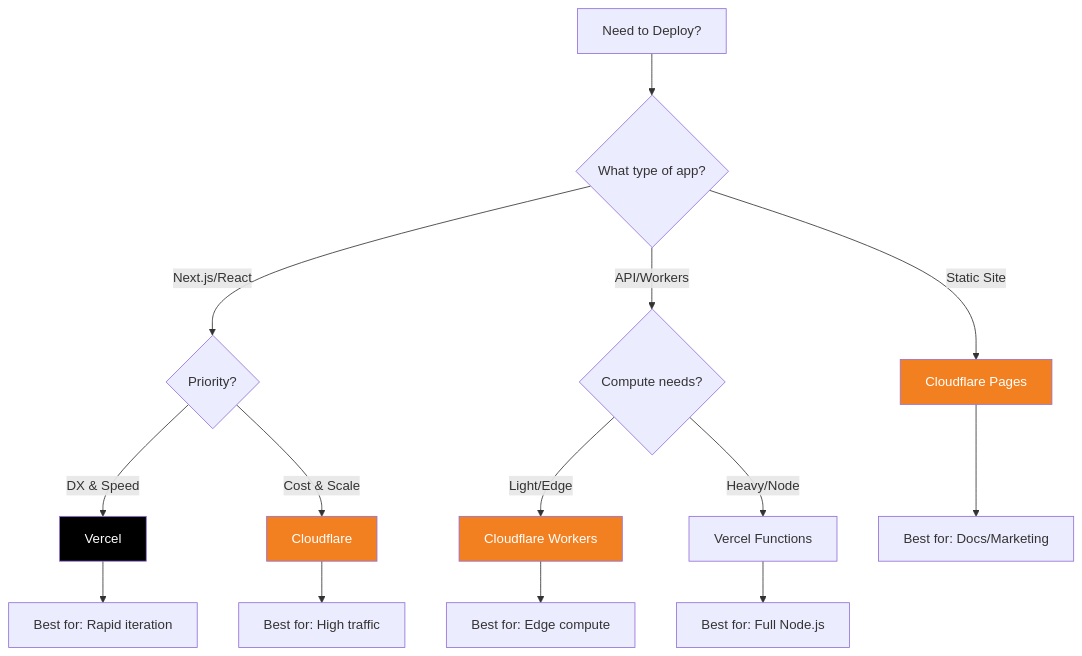
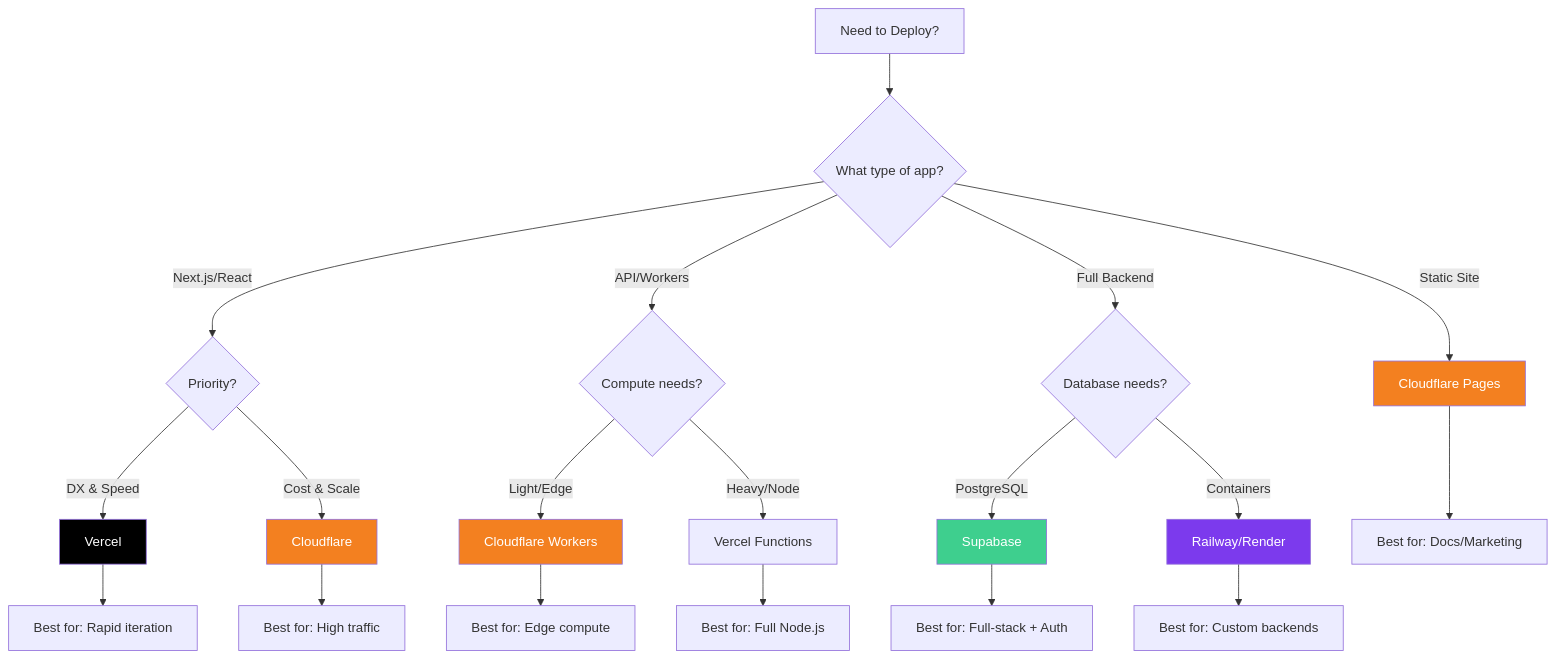
One commit to anton-abyzov/specweave changed the first of 6 diagrams in docs-site/docs/guides/deployment-platforms.md. Above: the diagram before and after it, drawn with Mermaid. The commit also changed other lines of this file and 7 other files, not shown here.

````diff
--- a/docs-site/docs/guides/deployment-platforms.md
+++ b/docs-site/docs/guides/deployment-platforms.md
@@ -17,24 +87,32 @@
 ```mermaid
 flowchart TD
     A[Need to Deploy?] --> B{What type of app?}
     B -->|Next.js/React| C{Priority?}
     B -->|Static Site| D[Cloudflare Pages]
     B -->|API/Workers| E{Compute needs?}
+    B -->|Full Backend| F{Database needs?}
 
-    C -->|DX & Speed| F[Vercel]
-    C -->|Cost & Scale| G[Cloudflare]
+    C -->|DX & Speed| G[Vercel]
+    C -->|Cost & Scale| H[Cloudflare]
 
-    E -->|Light/Edge| H[Cloudflare Workers]
-    E -->|Heavy/Node| I[Vercel Functions]
+    E -->|Light/Edge| I[Cloudflare Workers]
+    E -->|Heavy/Node| J[Vercel Functions]
 
-    F --> J[Best for: Rapid iteration]
-    G --> K[Best for: High traffic]
-    H --> L[Best for: Edge compute]
-    I --> M[Best for: Full Node.js]
-    D --> N[Best for: Docs/Marketing]
+    F -->|PostgreSQL| K[Supabase]
+    F -->|Containers| L[Railway/Render]
 
-    style F fill:#000,color:#fff
-    style G fill:#f38020,color:#fff
+    G --> M[Best for: Rapid iteration]
+    H --> N[Best for: High traffic]
+    I --> O[Best for: Edge compute]
+    J --> P[Best for: Full Node.js]
+    D --> Q[Best for: Docs/Marketing]
+    K --> R[Best for: Full-stack + Auth]
+    L --> S[Best for: Custom backends]
+
+    style G fill:#000,color:#fff
+    style H fill:#f38020,color:#fff
     style D fill:#f38020,color:#fff
-    style H fill:#f38020,color:#fff
+    style I fill:#f38020,color:#fff
+    style K fill:#3ecf8e,color:#fff
+    style L fill:#7c3aed,color:#fff
 ```
````
